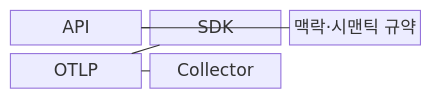
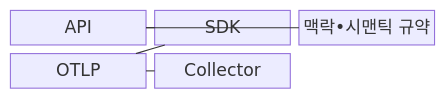
The first of 2 diagrams in src/content/docs/notes/08-latest-tech/170_opentelemetry.md (agnusdei1207/knowledge-base), drawn with Mermaid before and after one commit. The commit also changed other lines of this file and 953 other files, not shown here.

````diff
--- a/src/content/docs/notes/08-latest-tech/170_opentelemetry.md
+++ b/src/content/docs/notes/08-latest-tech/170_opentelemetry.md
@@ -67,13 +67,13 @@
 ```mermaid
 block-beta
   columns 3
   A["API"]
   B["SDK"]
-  C["맥락·시맨틱 규약"]
+  C["맥락•시맨틱 규약"]
   D["OTLP"]
   E["Collector"]
   A --- B
   C --- A
   B --- D
   D --- E
 ```
````
